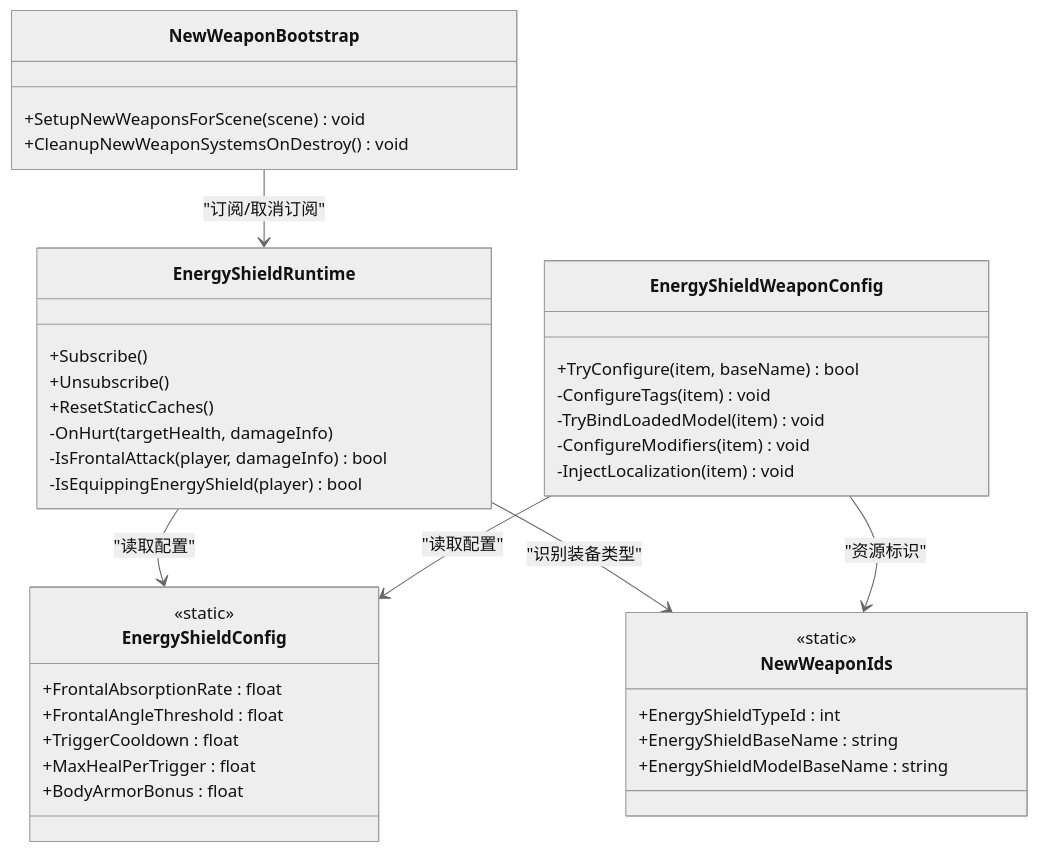
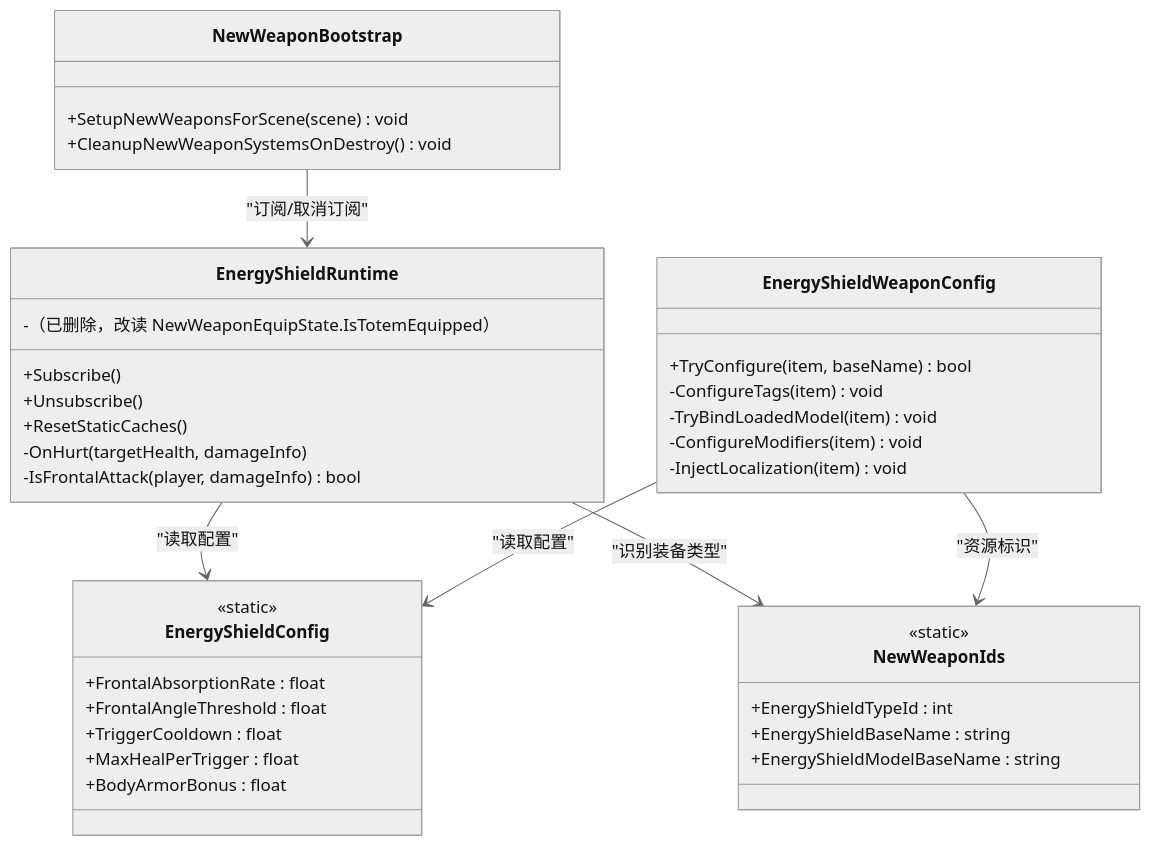
The fourth of 4 diagrams in .qoder/repowiki/zh/content/装备与物品系统/自定义武器系统/能量盾（EnergyShield）.md (GASEN1216/BossRushMod), drawn with Mermaid (neutral theme) before and after one commit. The commit also changed other lines of this file and 209 other files, not shown here.

````diff
--- a/.qoder/repowiki/zh/content/装备与物品系统/自定义武器系统/能量盾（EnergyShield）.md
+++ b/.qoder/repowiki/zh/content/装备与物品系统/自定义武器系统/能量盾（EnergyShield）.md
@@ -203,41 +223,41 @@
 ```mermaid
 classDiagram
 class EnergyShieldRuntime {
 +Subscribe()
 +Unsubscribe()
 +ResetStaticCaches()
 -OnHurt(targetHealth, damageInfo)
 -IsFrontalAttack(player, damageInfo) bool
--IsEquippingEnergyShield(player) bool
+-（已删除，改读 NewWeaponEquipState.IsTotemEquipped）
 }
 class EnergyShieldConfig {
 <<static>>
 +FrontalAbsorptionRate : float
 +FrontalAngleThreshold : float
 +TriggerCooldown : float
 +MaxHealPerTrigger : float
 +BodyArmorBonus : float
 }
 class EnergyShieldWeaponConfig {
 +TryConfigure(item, baseName) bool
 -ConfigureTags(item) void
 -TryBindLoadedModel(item) void
 -ConfigureModifiers(item) void
 -InjectLocalization(item) void
 }
 class NewWeaponBootstrap {
 +SetupNewWeaponsForScene(scene) void
 +CleanupNewWeaponSystemsOnDestroy() void
 }
 class NewWeaponIds {
 <<static>>
 +EnergyShieldTypeId : int
 +EnergyShieldBaseName : string
 +EnergyShieldModelBaseName : string
 }
 EnergyShieldRuntime --> EnergyShieldConfig : "读取配置"
 EnergyShieldRuntime --> NewWeaponIds : "识别装备类型"
 EnergyShieldWeaponConfig --> EnergyShieldConfig : "读取配置"
 EnergyShieldWeaponConfig --> NewWeaponIds : "资源标识"
 NewWeaponBootstrap --> EnergyShieldRuntime : "订阅/取消订阅"
 ```
````
